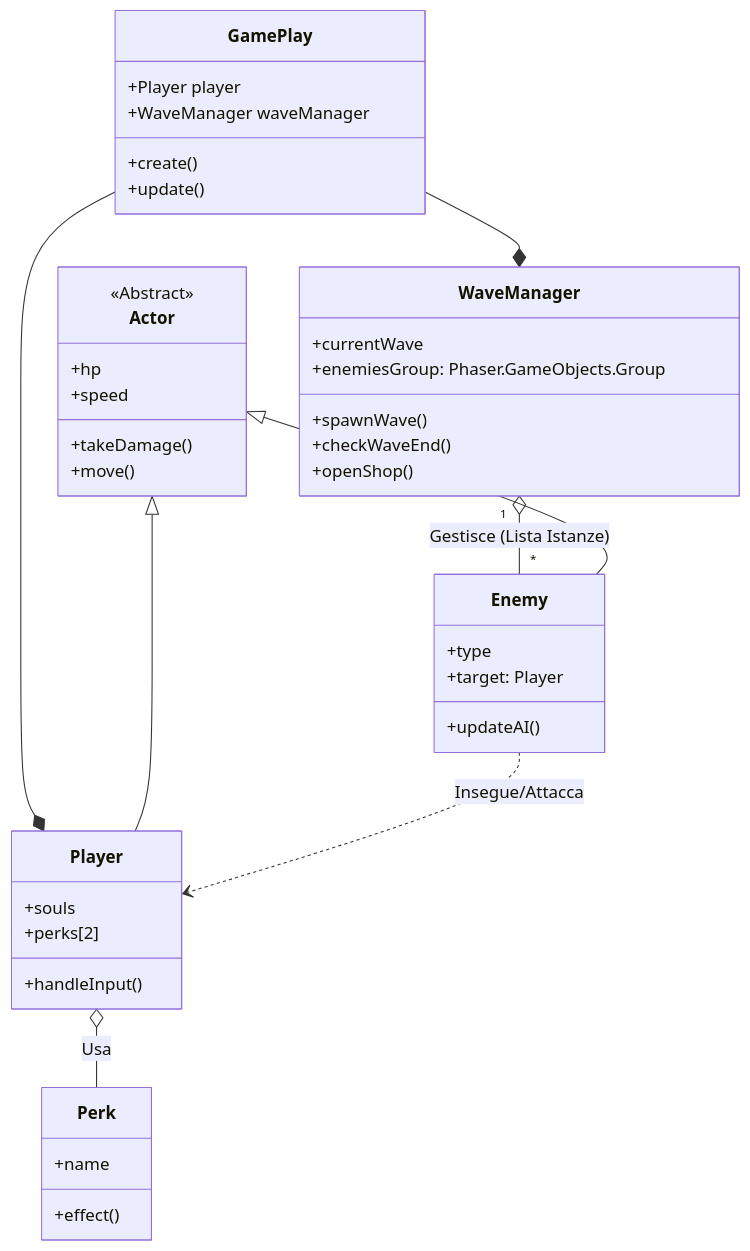
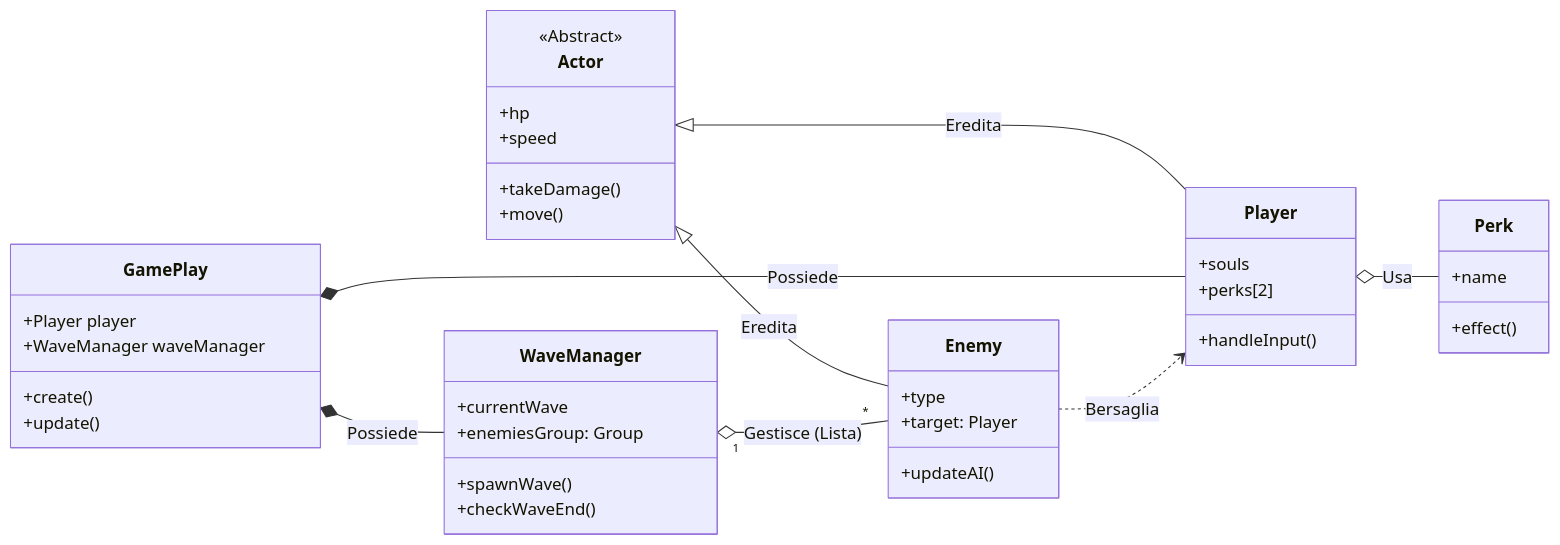
One commit to danataa/phaser_game_2026 changed the diagram in resource/info/class_diagram.md. Above: the diagram before and after it, drawn with Mermaid. The commit also changed other lines of this file, not shown here.

Commit message:
Modifica leggibilità class diagram: resource/info/class_diagram.md

````diff
--- a/resource/info/class_diagram.md
+++ b/resource/info/class_diagram.md
@@ -9,50 +7,56 @@
 ```mermaid
 classDiagram
+    direction LR
+
     class GamePlay {
         +Player player
         +WaveManager waveManager
         +create()
         +update()
     }
 
     class Actor {
         <<Abstract>>
         +hp
         +speed
         +takeDamage()
         +move()
     }
 
     class Player {
         +souls
         +perks[2]
         +handleInput()
     }
 
     class Enemy {
         +type
         +target: Player
         +updateAI()
     }
 
     class WaveManager {
         +currentWave
-        +enemiesGroup: Phaser.GameObjects.Group
+        +enemiesGroup: Group
         +spawnWave()
         +checkWaveEnd()
-        +openShop()
     }
 
     class Perk {
         +name
         +effect()
     }
 
-    GamePlay --* Player : 
-    GamePlay --* WaveManager : 
-    WaveManager "1" o-- "*" Enemy : Gestisce (Lista Istanze)
-    Actor <|-- Player : 
-    Actor <|-- Enemy : 
+    %% Relazioni Gerarchiche
+    Actor <|-- Player : Eredita
+    Actor <|-- Enemy : Eredita
+
+    %% Relazioni di Composizione e Gestione
+    GamePlay *-- Player : Possiede
+    GamePlay *-- WaveManager : Possiede
+    WaveManager "1" o-- "*" Enemy : Gestisce (Lista)
+
+    %% Relazioni Funzionali
     Player o-- Perk : Usa
-    Enemy ..> Player : Insegue/Attacca
+    Enemy ..> Player : Bersaglia
 ```
````
